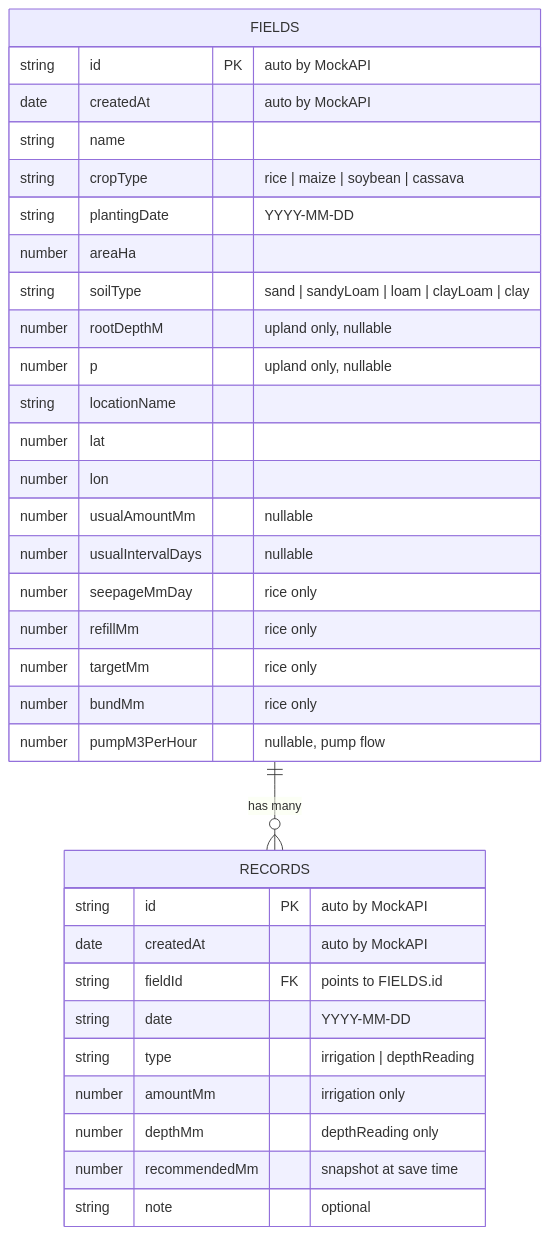
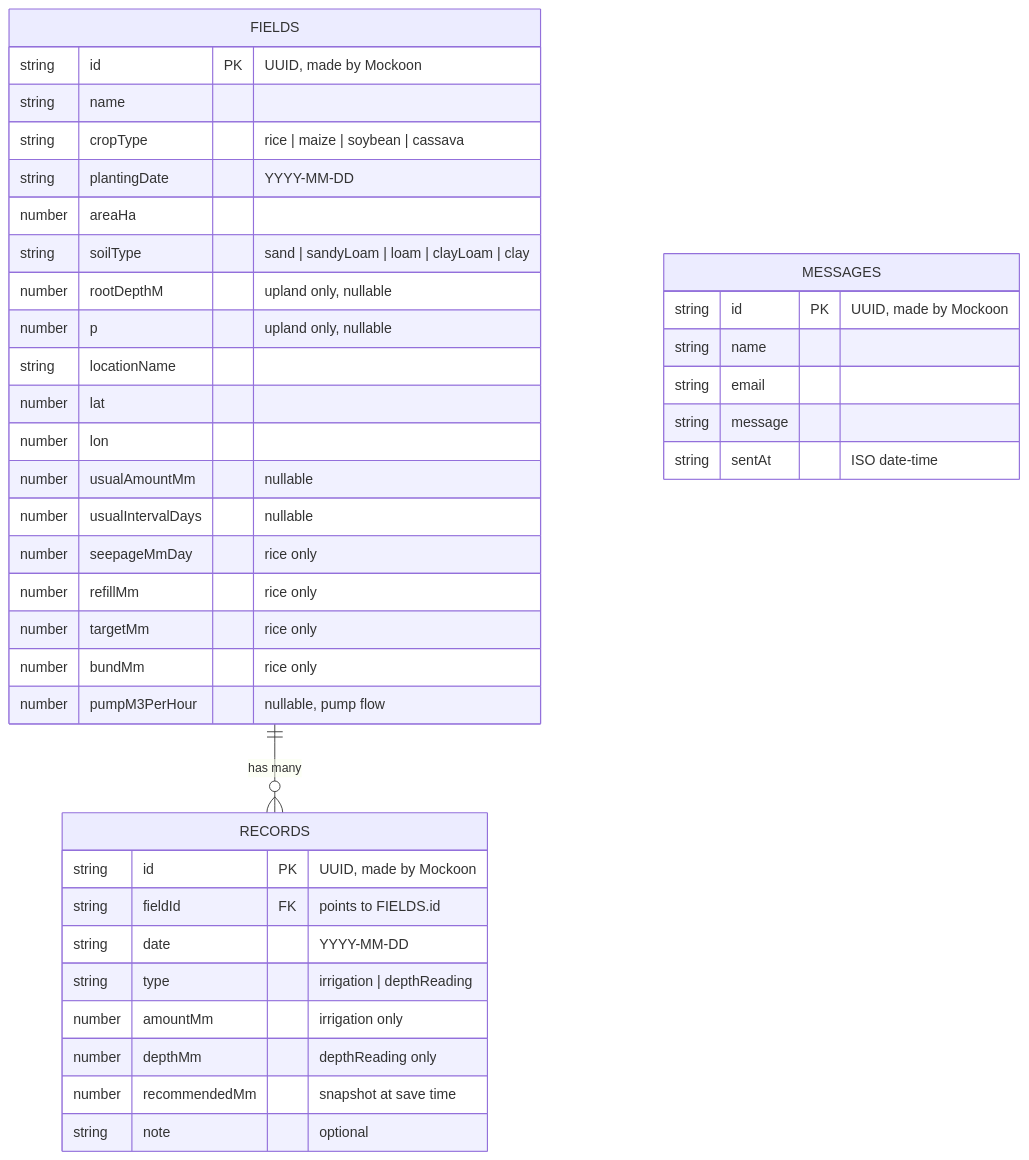
One commit to ViiUnknown/aquaplan changed the fifth of 13 diagrams in ARCHITECTURE.md. Above: the diagram before and after it, drawn with Mermaid. The commit also changed other lines of this file and 35 other files, not shown here.

````diff
--- a/ARCHITECTURE.md
+++ b/ARCHITECTURE.md
@@ -201,38 +199,44 @@
 ```mermaid
 erDiagram
     FIELDS ||--o{ RECORDS : "has many"
 
     FIELDS {
-        string id PK "auto by MockAPI"
-        date createdAt "auto by MockAPI"
+        string id PK "UUID, made by Mockoon"
         string name
         string cropType "rice | maize | soybean | cassava"
         string plantingDate "YYYY-MM-DD"
         number areaHa
         string soilType "sand | sandyLoam | loam | clayLoam | clay"
         number rootDepthM "upland only, nullable"
         number p "upland only, nullable"
         string locationName
         number lat
         number lon
         number usualAmountMm "nullable"
         number usualIntervalDays "nullable"
         number seepageMmDay "rice only"
         number refillMm "rice only"
         number targetMm "rice only"
         number bundMm "rice only"
         number pumpM3PerHour "nullable, pump flow"
     }
 
     RECORDS {
-        string id PK "auto by MockAPI"
-        date createdAt "auto by MockAPI"
+        string id PK "UUID, made by Mockoon"
         string fieldId FK "points to FIELDS.id"
         string date "YYYY-MM-DD"
         string type "irrigation | depthReading"
         number amountMm "irrigation only"
         number depthMm "depthReading only"
         number recommendedMm "snapshot at save time"
         string note "optional"
     }
+
+    MESSAGES {
+        string id PK "UUID, made by Mockoon"
+        string name
+        string email
+        string message
+        string sentAt "ISO date-time"
+    }
 ```
````
